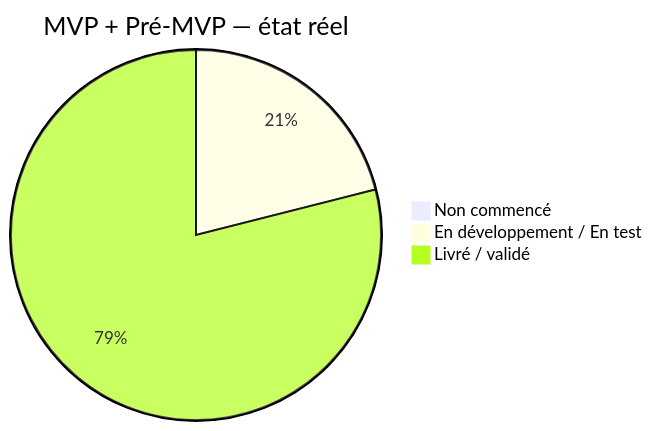
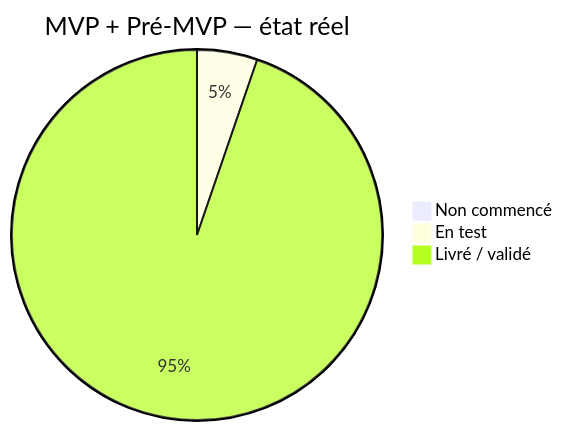
The first of 5 diagrams in docs/runtime/02_FEATURE_STATUS.md (JavaChrist/Tai-Chi-AI-Coach), drawn with Mermaid before and after one commit. The commit also changed other lines of this file and 27 other files, not shown here.

````diff
--- a/docs/runtime/02_FEATURE_STATUS.md
+++ b/docs/runtime/02_FEATURE_STATUS.md
@@ -143,6 +146,6 @@
 ```mermaid
 pie title MVP + Pré-MVP — état réel
   "Non commencé" : 0
-  "En développement / En test" : 4
-  "Livré / validé" : 15
+  "En test" : 1
+  "Livré / validé" : 18
 ```
````
